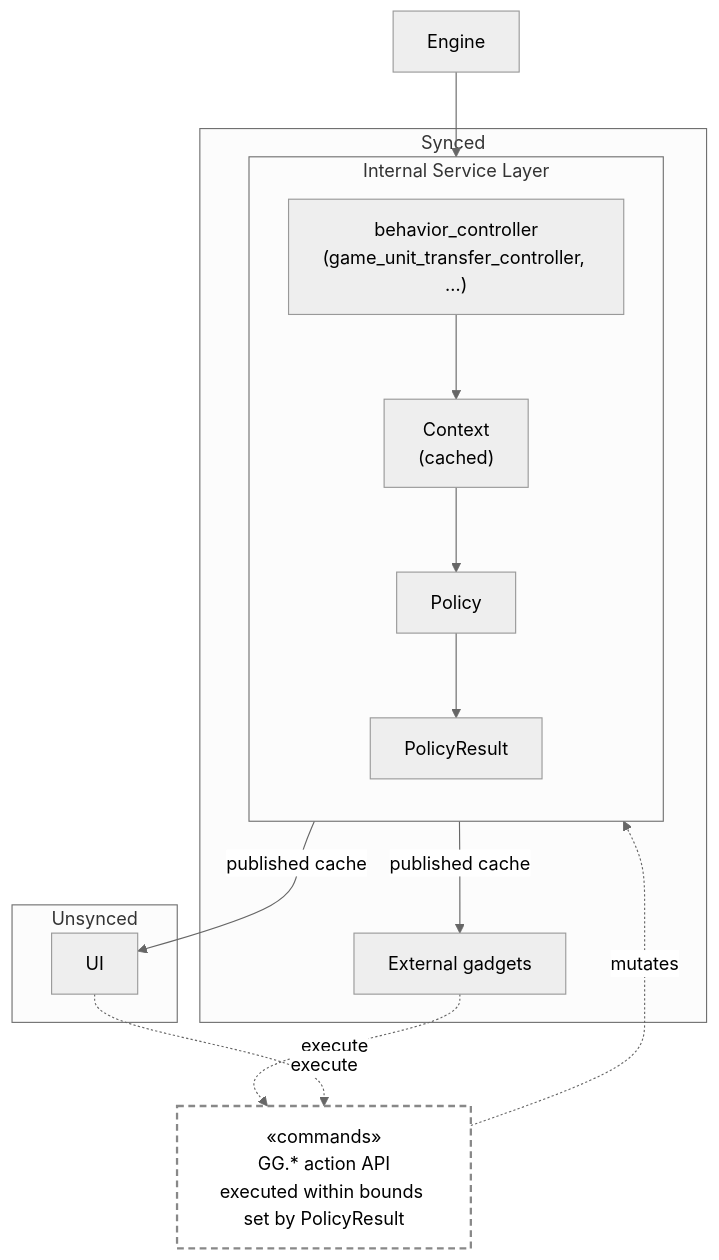
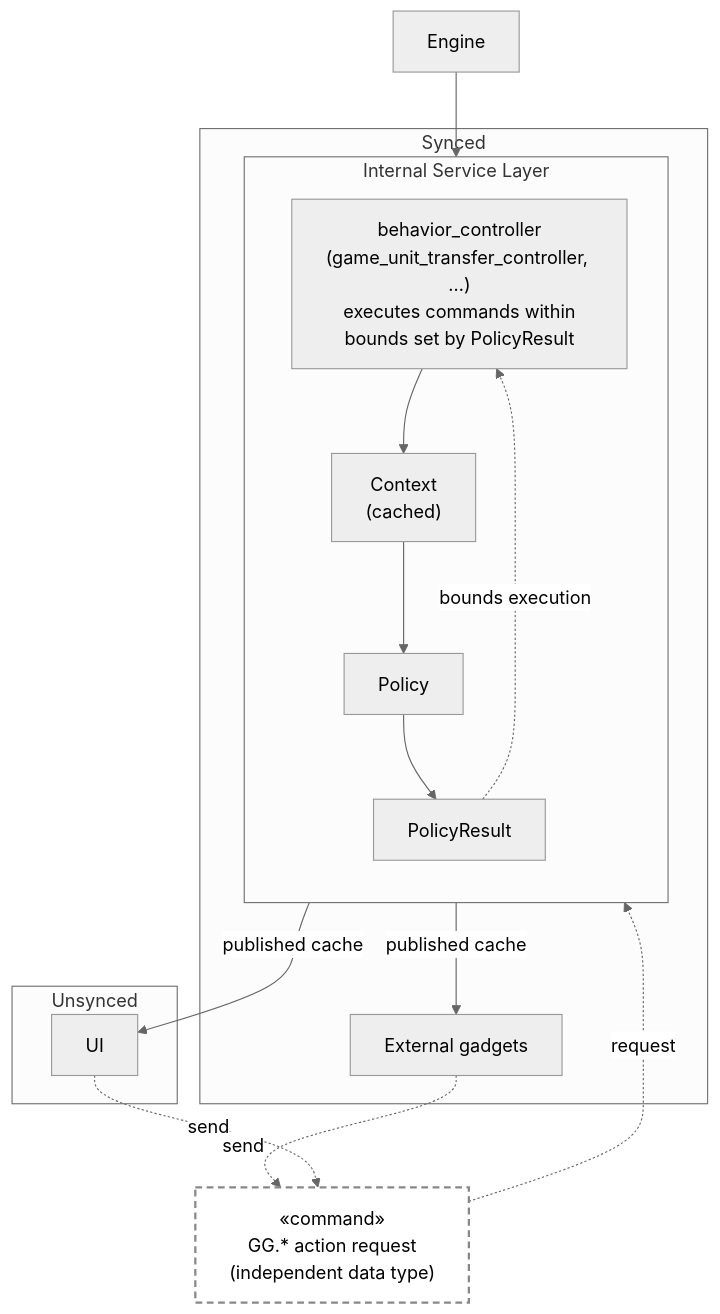
One commit to keithharvey/BAR-Devtools changed the diagram in scripts/sharing-split/descriptions/01-foundations.md. Above: the diagram before and after it, drawn with Mermaid (neutral theme).

Commit message:
01-foundations: command is an external data type; bounds-enforcement moves inside the controller

````diff
--- a/scripts/sharing-split/descriptions/01-foundations.md
+++ b/scripts/sharing-split/descriptions/01-foundations.md
@@ -25,31 +25,32 @@
 ```mermaid
 flowchart TD
     Engine[Engine]
 
     subgraph Synced
         subgraph SL["Internal Service Layer"]
             direction TB
-            Controller["behavior_controller<br/>(game_unit_transfer_controller, …)"]
+            Controller["behavior_controller<br/>(game_unit_transfer_controller, …)<br/>executes commands within<br/>bounds set by PolicyResult"]
             Context["Context<br/>(cached)"]
             Policy[Policy]
             Result[PolicyResult]
             Controller --> Context --> Policy --> Result
+            Result -.->|bounds execution| Controller
         end
         Gadgets["External gadgets"]
     end
 
     subgraph Unsynced
         UI[UI]
     end
 
-    Commands["«commands»<br/>GG.* action API<br/>executed within bounds set by PolicyResult"]
+    Command["«command»<br/>GG.* action request<br/>(independent data type)"]
     classDef iface fill:none,stroke:#888,stroke-width:2px,stroke-dasharray:6 4;
-    class Commands iface
+    class Command iface
 
     Engine --> Controller
     Result -->|published cache| Gadgets
     Result -->|published cache| UI
-    Gadgets -.->|execute| Commands
-    UI -.->|execute| Commands
-    Commands -.->|mutates| Controller
+    Gadgets -.->|send| Command
+    UI -.->|send| Command
+    Command -.->|request| Controller
 ```
````
